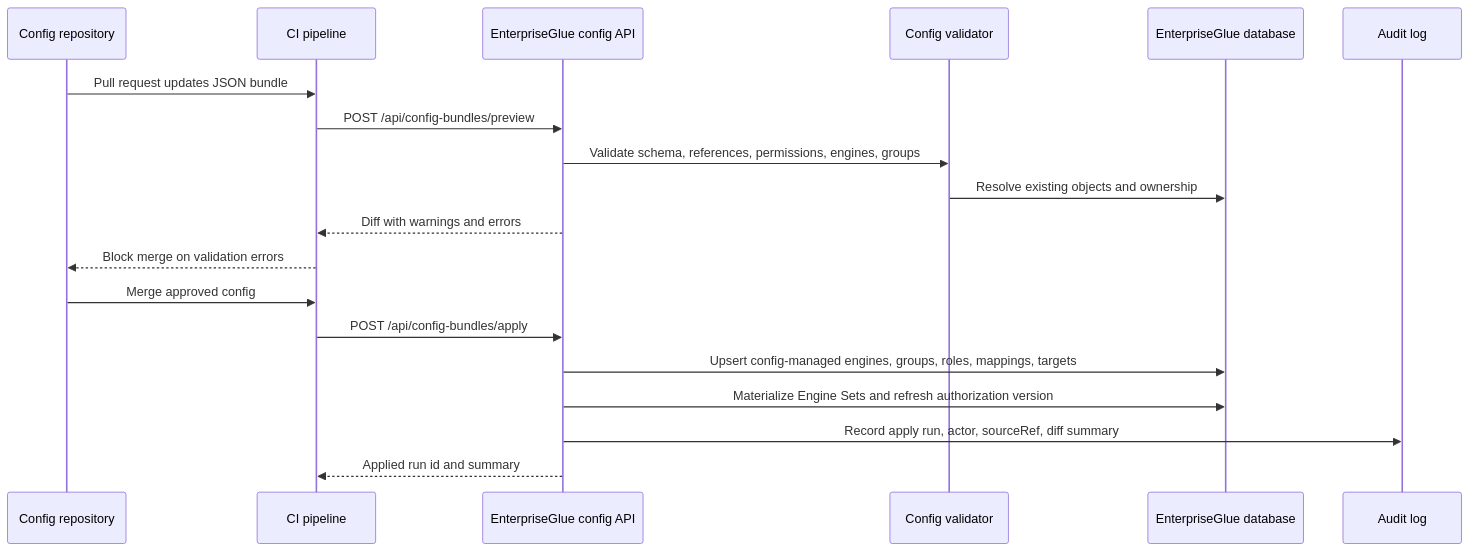
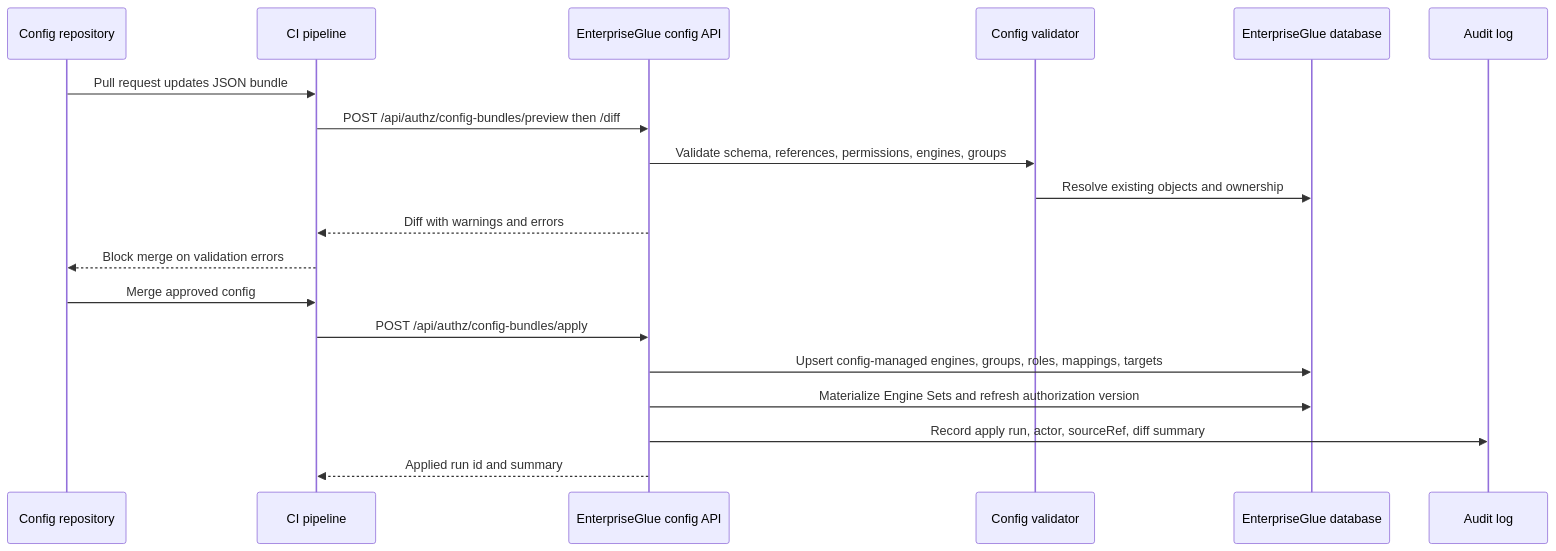
The fourth of 5 diagrams in docs/architecture/11-json-driven-authz-and-engine-registration.md (EnterpriseGlue/enterpriseglue-the-bridge-oss), drawn with Mermaid before and after one commit. The commit also changed other lines of this file and 7 other files, not shown here.

Commit message:
feat(authz): apply config managed roles and groups

````diff
--- a/docs/architecture/11-json-driven-authz-and-engine-registration.md
+++ b/docs/architecture/11-json-driven-authz-and-engine-registration.md
@@ -1330,23 +1331,23 @@
 ```mermaid
 sequenceDiagram
   participant Dev as Config repository
   participant CI as CI pipeline
   participant API as EnterpriseGlue config API
   participant Validator as Config validator
   participant DB as EnterpriseGlue database
   participant Audit as Audit log
 
   Dev->>CI: Pull request updates JSON bundle
-  CI->>API: POST /api/config-bundles/preview
+  CI->>API: POST /api/authz/config-bundles/preview then /diff
   API->>Validator: Validate schema, references, permissions, engines, groups
   Validator->>DB: Resolve existing objects and ownership
   API-->>CI: Diff with warnings and errors
   CI-->>Dev: Block merge on validation errors
 
   Dev->>CI: Merge approved config
-  CI->>API: POST /api/config-bundles/apply
+  CI->>API: POST /api/authz/config-bundles/apply
   API->>DB: Upsert config-managed engines, groups, roles, mappings, targets
   API->>DB: Materialize Engine Sets and refresh authorization version
   API->>Audit: Record apply run, actor, sourceRef, diff summary
   API-->>CI: Applied run id and summary
 ```
````
